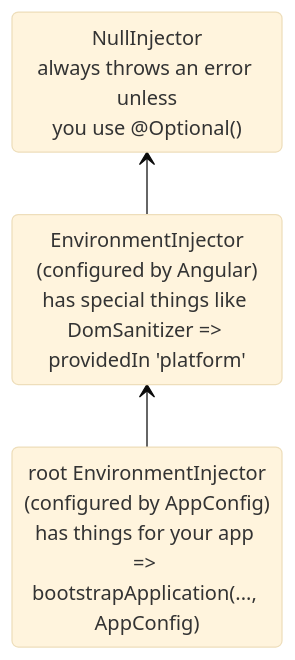
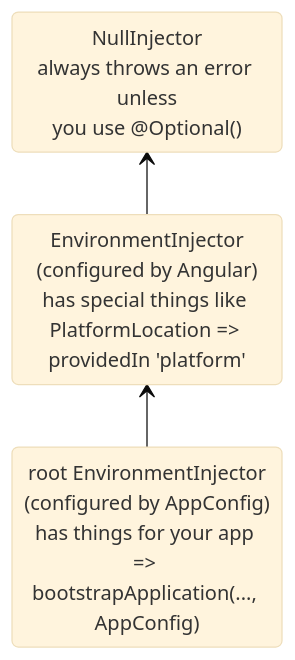
One commit to angular/angular changed the first of 3 diagrams in adev/src/content/guide/di/hierarchical-dependency-injection.md. Above: the diagram before and after it, drawn with Mermaid (base theme).

Commit message:
docs: fix the platform injector example in the hierarchical injectors diagram
The diagram listed DomSanitizer as a service provided in the platform
injector. DomSanitizer is provided in root, so it lives with the
application's own providers. Use PlatformLocation, which is provided in
platform, as the example of a platform-level service instead.

````diff
--- a/adev/src/content/guide/di/hierarchical-dependency-injection.md
+++ b/adev/src/content/guide/di/hierarchical-dependency-injection.md
@@ -86,10 +86,10 @@
 ```mermaid
 stateDiagram-v2
-    elementInjector: EnvironmentInjector<br>(configured by Angular)<br>has special things like DomSanitizer => providedIn 'platform'
+    elementInjector: EnvironmentInjector<br>(configured by Angular)<br>has special things like PlatformLocation => providedIn 'platform'
     rootInjector: root EnvironmentInjector<br>(configured by AppConfig)<br>has things for your app => bootstrapApplication(..., AppConfig)
     nullInjector: NullInjector<br>always throws an error unless<br>you use @Optional()
 
     direction BT
     rootInjector --> elementInjector
     elementInjector --> nullInjector
 ```
````
